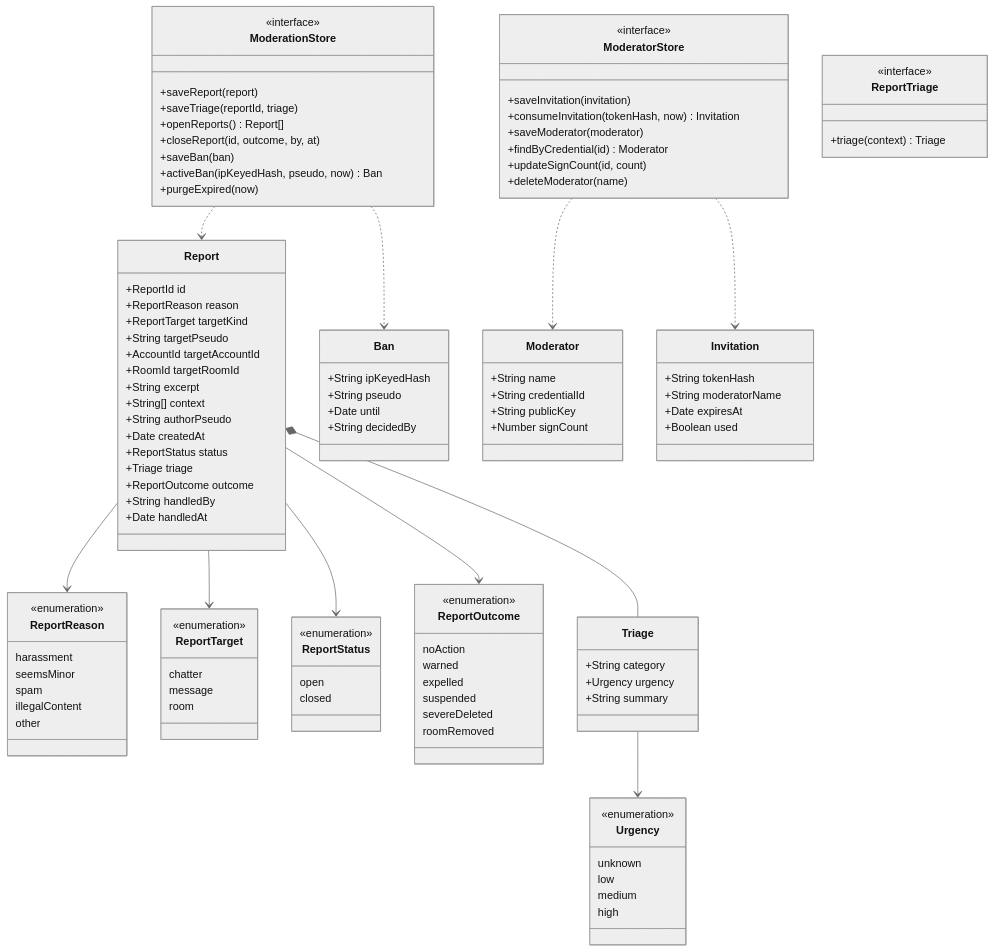
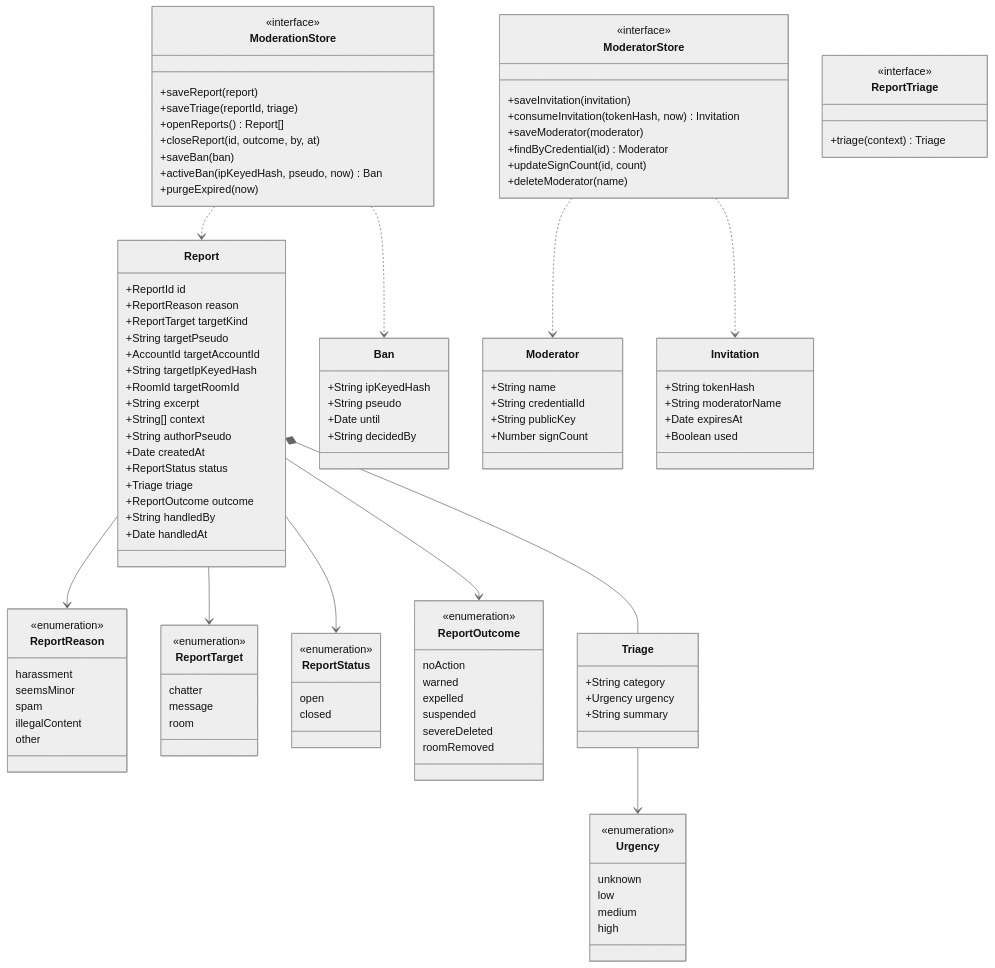
One commit to benoit-bremaud/asv changed the diagram in docs/architecture/diagrams/moderation/04-class.md. Above: the diagram before and after it, drawn with Mermaid (neutral theme). The commit also changed other lines of this file and 32 other files, not shown here.

```diff
--- a/docs/architecture/diagrams/moderation/04-class.md
+++ b/docs/architecture/diagrams/moderation/04-class.md
@@ -19,6 +19,7 @@
     +ReportTarget targetKind
     +String targetPseudo
     +AccountId targetAccountId
+    +String targetIpKeyedHash
     +RoomId targetRoomId
     +String excerpt
     +String[] context
```
